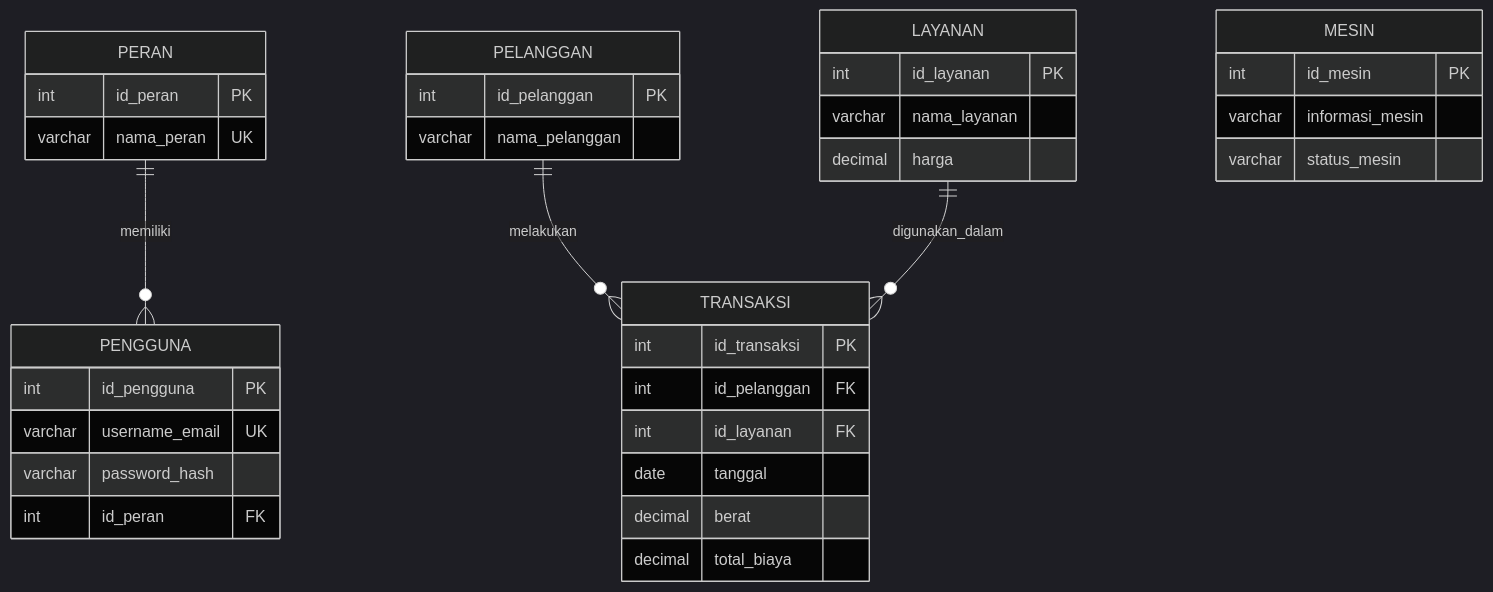
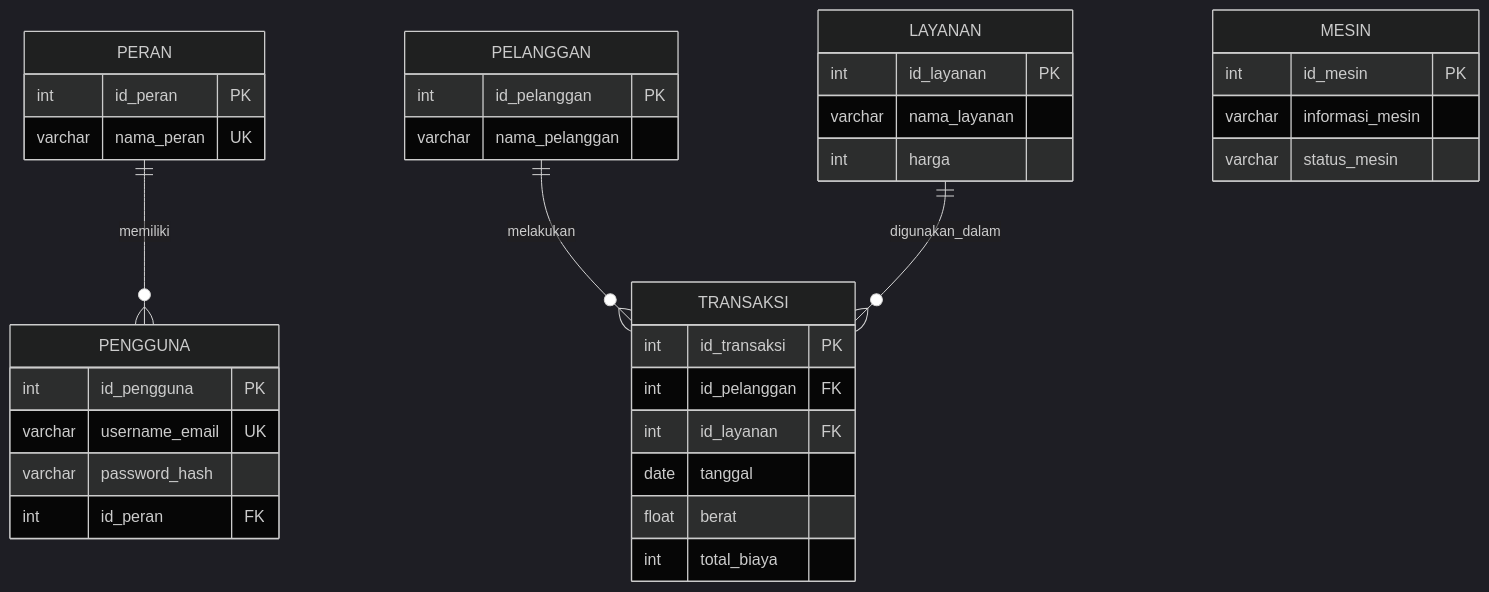
The diagram in docs/desain/erd_1.mmd (nursintianabila/rpl-laundry-koin), drawn with Mermaid (dark theme) before and after one commit. The commit also changed other lines of this file and 1 other file, not shown here.

Commit message:
docs: revisi ERD dan arsitektur sistem

```diff
--- a/docs/desain/erd_1.mmd
+++ b/docs/desain/erd_1.mmd
@@ -1,43 +1,42 @@
-
 erDiagram
     PERAN ||--o{ PENGGUNA : memiliki
     PELANGGAN ||--o{ TRANSAKSI : melakukan
     LAYANAN ||--o{ TRANSAKSI : digunakan_dalam
 
     PENGGUNA {
         int id_pengguna PK
         varchar username_email UK
         varchar password_hash
         int id_peran FK
     }
 
     PERAN {
         int id_peran PK
         varchar nama_peran UK
     }
 
     PELANGGAN {
         int id_pelanggan PK
         varchar nama_pelanggan
     }
 
     LAYANAN {
         int id_layanan PK
         varchar nama_layanan
-        decimal harga
+        int harga
     }
 
     TRANSAKSI {
         int id_transaksi PK
         int id_pelanggan FK
         int id_layanan FK
         date tanggal
-        decimal berat
-        decimal total_biaya
+        float berat
+        int total_biaya
     }
 
     MESIN {
         int id_mesin PK
         varchar informasi_mesin
         varchar status_mesin
     }
```
